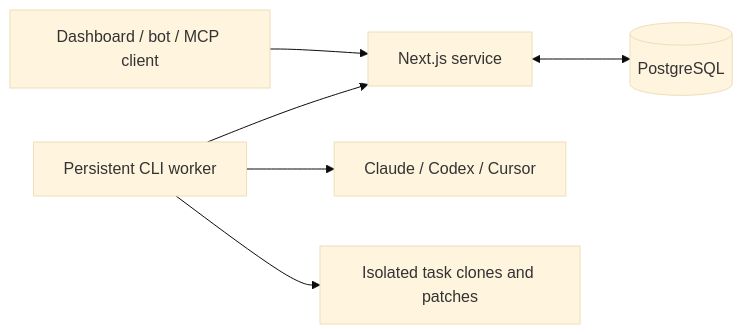
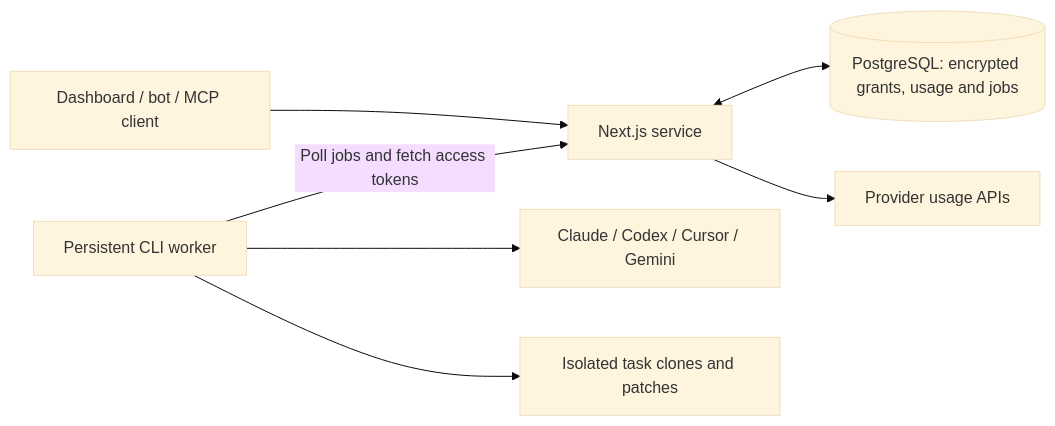
The diagram in README.md (dnikolsk/llm-usage), drawn with Mermaid (base theme) before and after one commit. The commit also changed other lines of this file and 10 other files, not shown here.

````diff
--- a/README.md
+++ b/README.md
@@ -20,8 +22,9 @@
 ```mermaid
 flowchart LR
   User[Dashboard / bot / MCP client] --> Web[Next.js service]
-  Web <--> DB[(PostgreSQL)]
-  Worker[Persistent CLI worker] --> Web
-  Worker --> Provider[Claude / Codex / Cursor]
+  Web <--> DB[(PostgreSQL: encrypted grants, usage and jobs)]
+  Web --> Usage[Provider usage APIs]
+  Worker[Persistent CLI worker] -->|Poll jobs and fetch access tokens| Web
+  Worker --> Provider[Claude / Codex / Cursor / Gemini]
   Worker --> Repo[Isolated task clones and patches]
 ```
````
